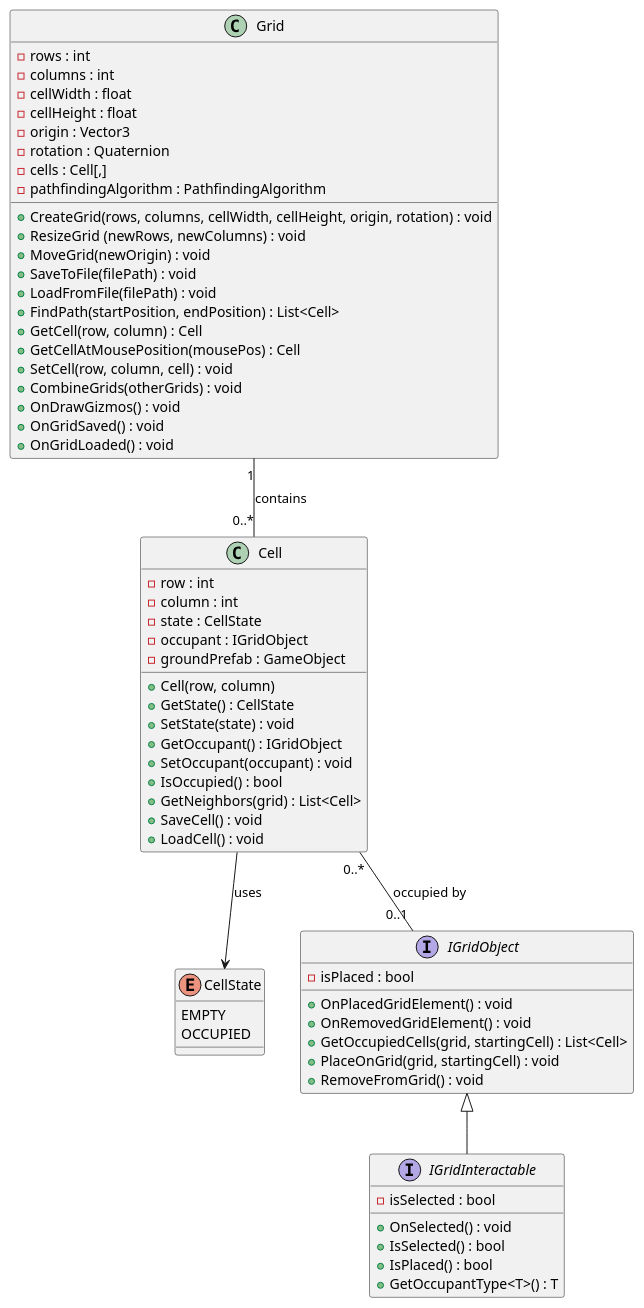
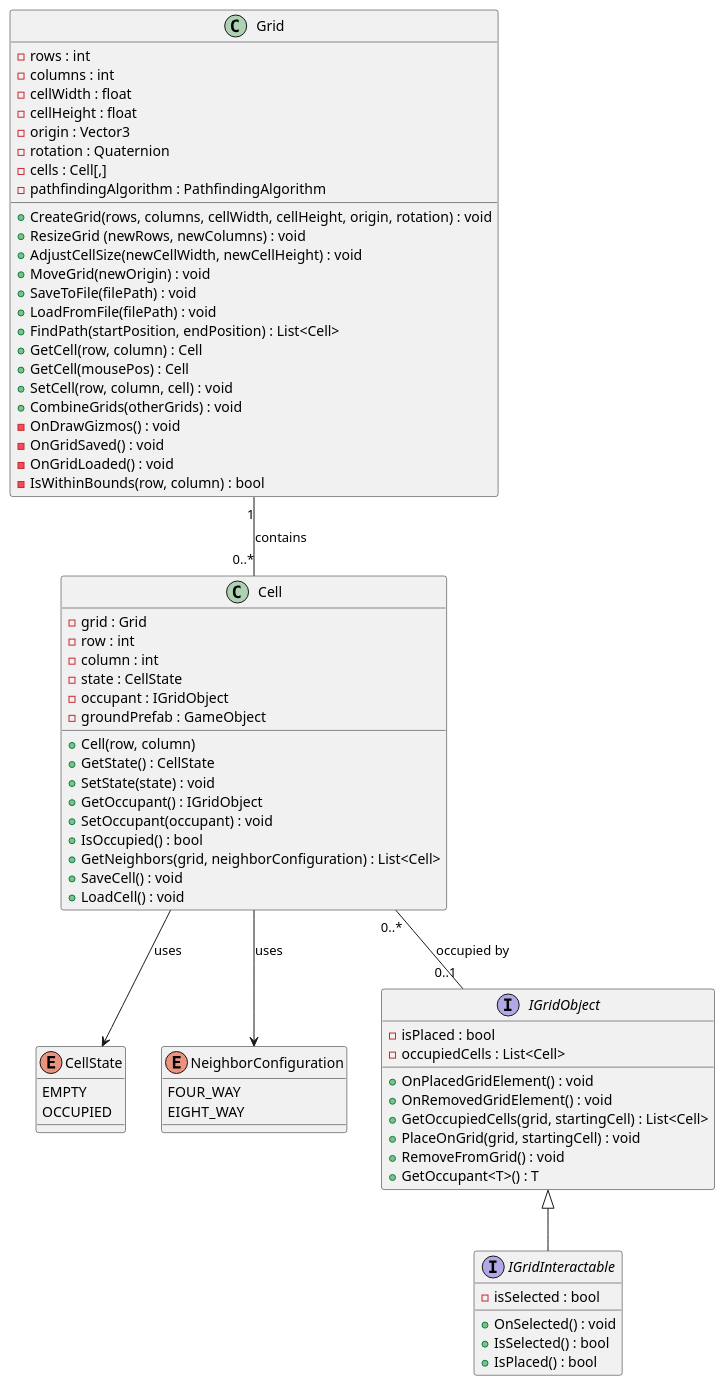
Before and after one commit to CarGAnd/FactoryGameJam: the diagram in UML/GridSystem.puml, drawn with PlantUML.

Commit message:
[Design] - iterated GridSystem.
Added Neighbor configuration, and added adjustable cell sizes for the grid.

```diff
--- a/UML/GridSystem.puml
+++ b/UML/GridSystem.puml
@@ -1,74 +1,85 @@
 @startuml GridSystem
 
-class Grid {
+class Grid{
     - rows : int
     - columns : int
     - cellWidth : float
     - cellHeight : float
     - origin : Vector3
     - rotation : Quaternion
     - cells : Cell[,]
     - pathfindingAlgorithm : PathfindingAlgorithm
 
     + CreateGrid(rows, columns, cellWidth, cellHeight, origin, rotation) : void
     + ResizeGrid (newRows, newColumns) : void
+    + AdjustCellSize(newCellWidth, newCellHeight) : void
     + MoveGrid(newOrigin) : void
     + SaveToFile(filePath) : void
     + LoadFromFile(filePath) : void
     + FindPath(startPosition, endPosition) : List<Cell>
     + GetCell(row, column) : Cell
-    + GetCellAtMousePosition(mousePos) : Cell
+    + GetCell(mousePos) : Cell
     + SetCell(row, column, cell) : void
     + CombineGrids(otherGrids) : void
-    + OnDrawGizmos() : void
-    + OnGridSaved() : void
-    + OnGridLoaded() : void
+    - OnDrawGizmos() : void
+    - OnGridSaved() : void
+    - OnGridLoaded() : void
+    - IsWithinBounds(row, column) : bool
 }
 
 class Cell {
+    - grid : Grid
     - row : int
     - column : int
     - state : CellState
     - occupant : IGridObject
     - groundPrefab : GameObject
 
     + Cell(row, column)
     + GetState() : CellState
     + SetState(state) : void
     + GetOccupant() : IGridObject
     + SetOccupant(occupant) : void
     + IsOccupied() : bool
-    + GetNeighbors(grid) : List<Cell>
+    + GetNeighbors(grid, neighborConfiguration) : List<Cell>
     + SaveCell() : void
     + LoadCell() : void
 }
 
 enum CellState {
     EMPTY
     OCCUPIED
 }
 
+enum NeighborConfiguration{
+    FOUR_WAY
+    EIGHT_WAY
+}
+
 interface IGridObject {
     - isPlaced : bool
+    - occupiedCells : List<Cell>
 
     + OnPlacedGridElement() : void
     + OnRemovedGridElement() : void
     + GetOccupiedCells(grid, startingCell) : List<Cell>
     + PlaceOnGrid(grid, startingCell) : void
     + RemoveFromGrid() : void
+    + GetOccupant<T>() : T
 }
 
 interface IGridInteractable extends IGridObject {
     - isSelected : bool
 
     + OnSelected() : void
     + IsSelected() : bool
     + IsPlaced() : bool
-    + GetOccupantType<T>() : T
+
 }
 
 Cell --> CellState : uses
+Cell --> NeighborConfiguration : uses
 Grid "1" -- "0..*" Cell : contains
 Cell "0..*" -- "0..1" IGridObject : occupied by
 
 @enduml
```
